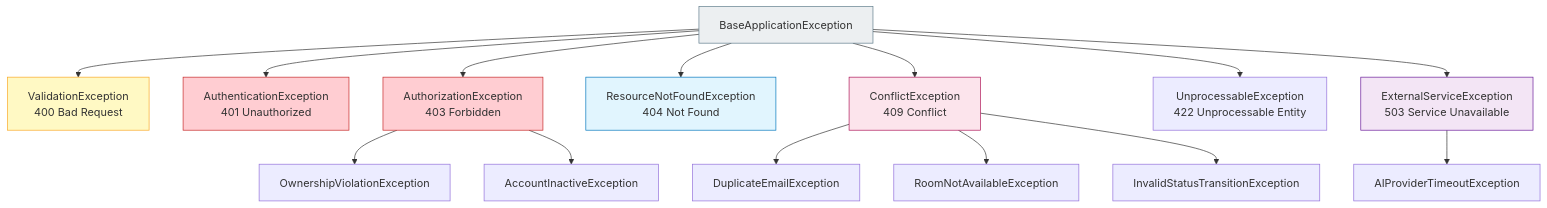
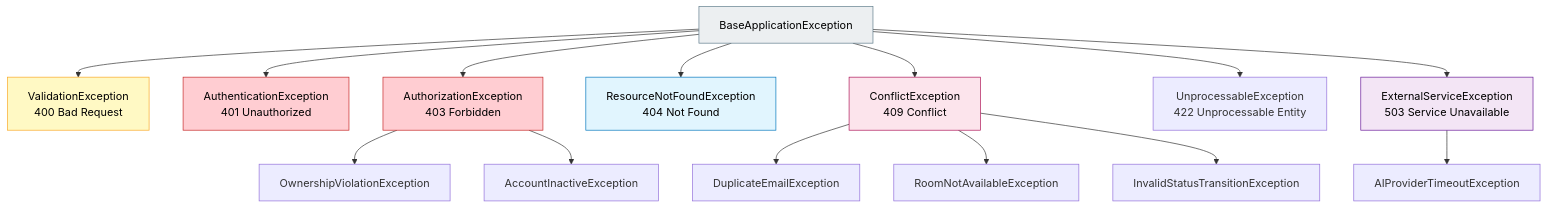
Diagram 29 of 37 in requirements/updated-file/new-backend-srs.md (Habibul-Bashar-Mehedi/APTMS-md-files), drawn with Mermaid before and after one commit. The commit also changed other lines of this file and 2 other files, not shown here.

````diff
--- a/requirements/updated-file/new-backend-srs.md
+++ b/requirements/updated-file/new-backend-srs.md
@@ -2037,26 +2037,26 @@
 ```mermaid
 graph TD
     BASE[BaseApplicationException]
     BASE --> VAL[ValidationException\n400 Bad Request]
     BASE --> AUTH[AuthenticationException\n401 Unauthorized]
     BASE --> AUTHZ[AuthorizationException\n403 Forbidden]
     BASE --> NF[ResourceNotFoundException\n404 Not Found]
     BASE --> CONF[ConflictException\n409 Conflict]
     BASE --> UNPROC[UnprocessableException\n422 Unprocessable Entity]
     BASE --> EXT[ExternalServiceException\n503 Service Unavailable]
 
     CONF --> DUP[DuplicateEmailException]
     CONF --> AVAIL[RoomNotAvailableException]
     CONF --> STAT[InvalidStatusTransitionException]
     AUTHZ --> OWN[OwnershipViolationException]
     AUTHZ --> ACCT[AccountInactiveException]
     EXT --> AITMO[AIProviderTimeoutException]
 
-    style BASE fill:#ECEFF1,stroke:#607D8B
-    style VAL fill:#FFF9C4,stroke:#F9A825
-    style AUTH fill:#FFCDD2,stroke:#C62828
-    style AUTHZ fill:#FFCDD2,stroke:#C62828
-    style NF fill:#E1F5FE,stroke:#0277BD
-    style CONF fill:#FCE4EC,stroke:#AD1457
-    style EXT fill:#F3E5F5,stroke:#6A1B9A
+    style BASE fill:#ECEFF1,stroke:#607D8B,color:#000
+    style VAL fill:#FFF9C4,stroke:#F9A825,color:#000
+    style AUTH fill:#FFCDD2,stroke:#C62828,color:#000
+    style AUTHZ fill:#FFCDD2,stroke:#C62828,color:#000
+    style NF fill:#E1F5FE,stroke:#0277BD,color:#000
+    style CONF fill:#FCE4EC,stroke:#AD1457,color:#000
+    style EXT fill:#F3E5F5,stroke:#6A1B9A,color:#000
 ```
````
